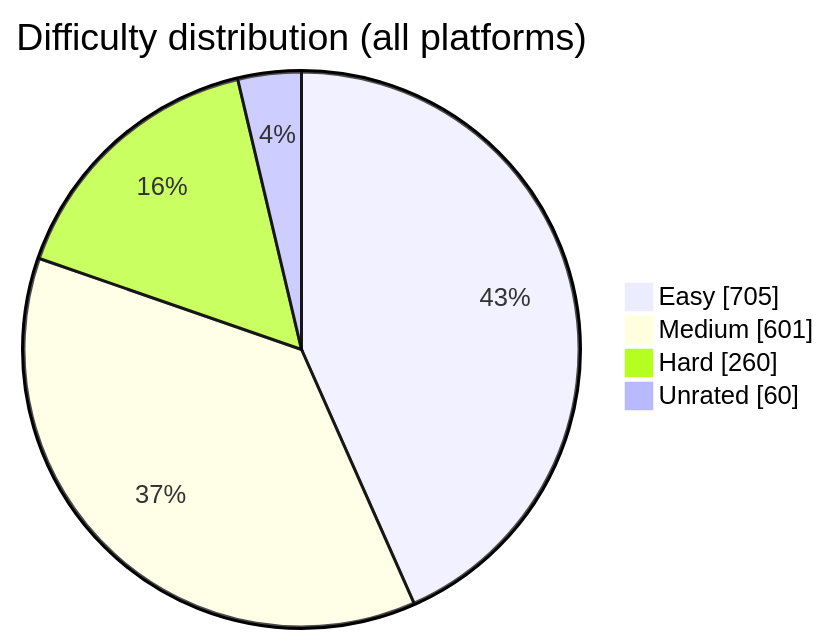
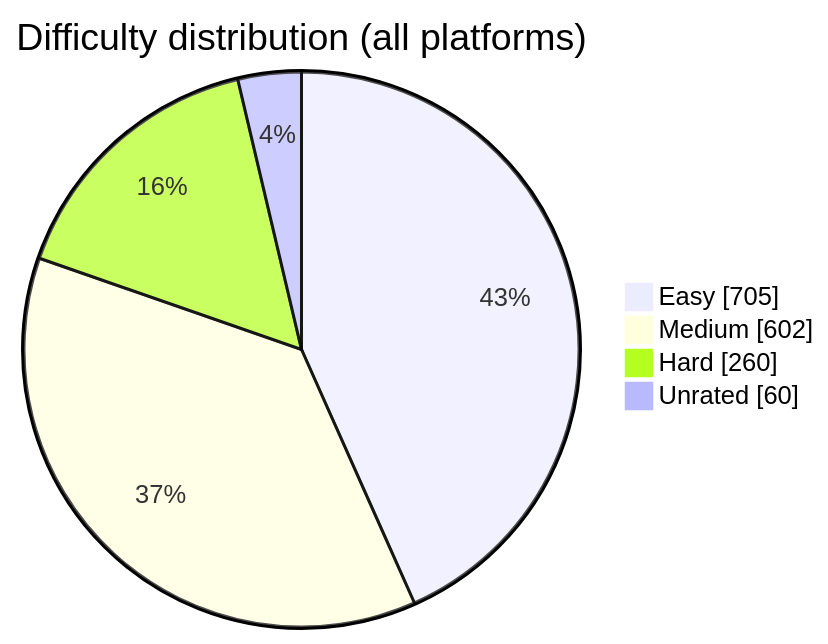
One commit to BuildbyArindam/Daily-Coding-Log changed the diagram in README.md. Above: the diagram before and after it, drawn with Mermaid. The commit also changed other lines of this file, not shown here.

````diff
--- a/README.md
+++ b/README.md
@@ -93,7 +93,7 @@
 ```mermaid
 pie showData title Difficulty distribution (all platforms)
     "Easy" : 705
-    "Medium" : 601
+    "Medium" : 602
     "Hard" : 260
     "Unrated" : 60
 ```
````
